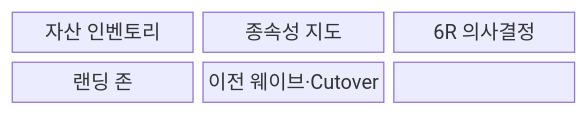
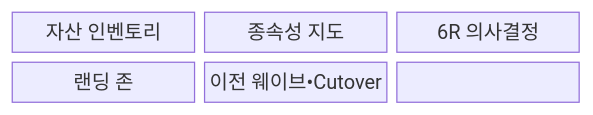
One commit to agnusdei1207/knowledge-base changed the first of 2 diagrams in src/content/docs/notes/08-latest-tech/179_cloud_migration_6r.md. Above: the diagram before and after it, drawn with Mermaid. The commit also changed other lines of this file and 953 other files, not shown here.

````diff
--- a/src/content/docs/notes/08-latest-tech/179_cloud_migration_6r.md
+++ b/src/content/docs/notes/08-latest-tech/179_cloud_migration_6r.md
@@ -71,11 +71,11 @@
 ```mermaid
 block-beta
   columns 3
   N0["자산 인벤토리"]
   N1["종속성 지도"]
   N2["6R 의사결정"]
   N3["랜딩 존"]
-  N4["이전 웨이브·Cutover"]
+  N4["이전 웨이브•Cutover"]
   N0 --- N1 --- N2
   N2 --- N3 --- N4
 ```
````
